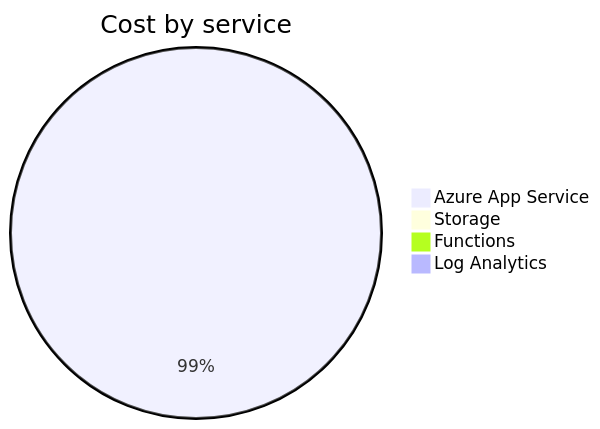
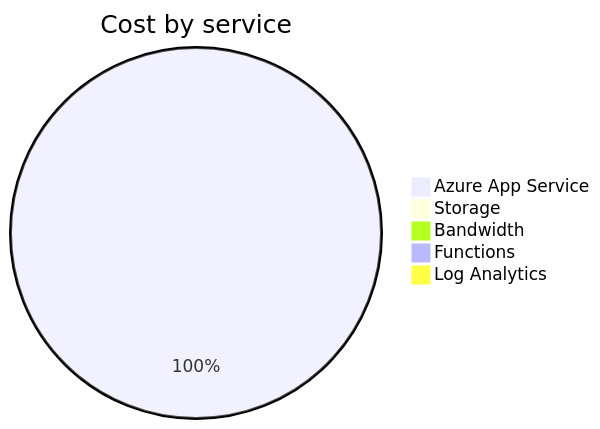
Before and after one commit to jpfulton/azure-personal-reports: the second of 4 diagrams in cost-reports/personal-site/README.md, drawn with Mermaid. The commit also changed other lines of this file and 6 other files, not shown here.

````diff
--- a/cost-reports/personal-site/README.md
+++ b/cost-reports/personal-site/README.md
@@ -44,8 +97,9 @@
 ```mermaid
 pie
    title Cost by service
-   "Azure App Service" : 1.75
-   "Storage" : 0.01
+   "Azure App Service" : 4.66
+   "Storage" : 0.02
+   "Bandwidth" : 0.00
    "Functions" : 0.00
    "Log Analytics" : 0.00
 ```
````
